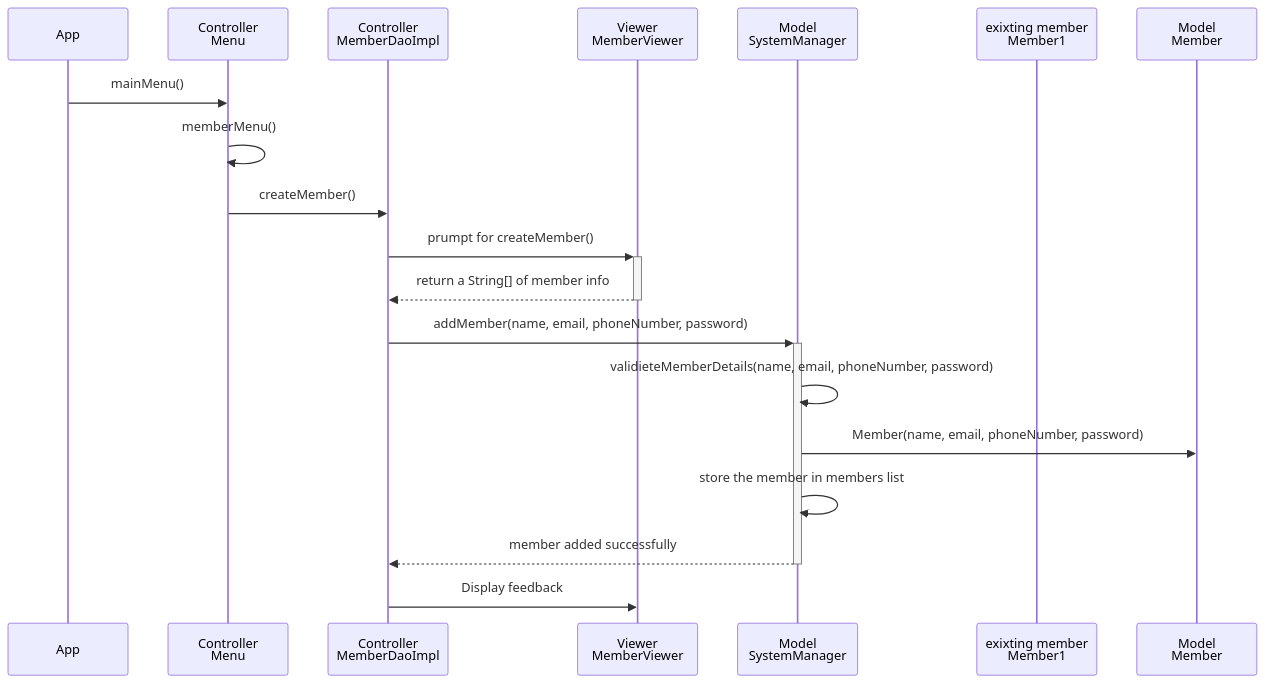
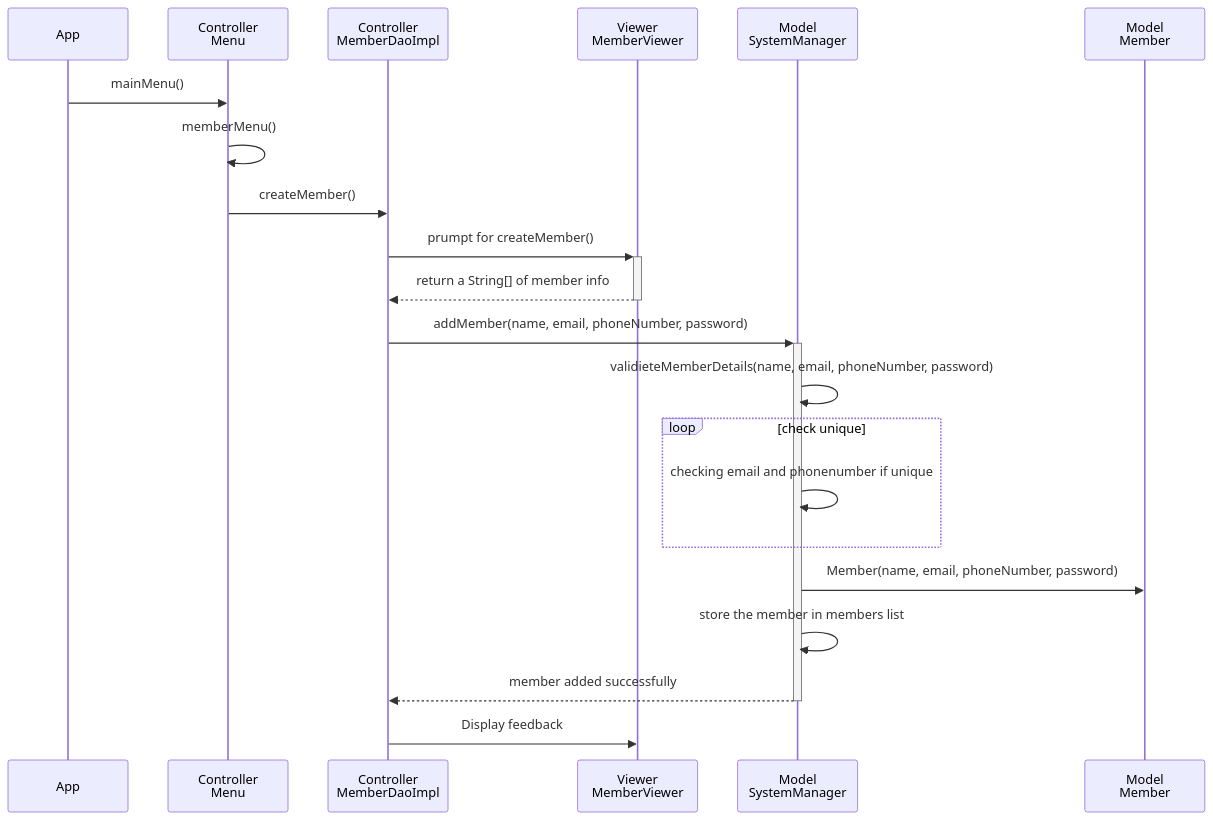
Before and after one commit to ashkar99/Stuff-Lending-System: the fifth of 5 diagrams in design.md, drawn with Mermaid.

`````diff
--- a/design.md
+++ b/design.md
@@ -413,25 +413,27 @@
 ```mermaid
 sequenceDiagram
     participant App as App 
     participant Menu as Controller <br/> Menu
     participant MC as Controller <br/> MemberDaoImpl 
     participant MV as Viewer <br/> MemberViewer
     participant SM as  Model <br/> SystemManager
-    participant M1 as exixting member <br/> Member1
-    participant M1 as exixting member <br/> Member1
     participant M as Model <br/> Member
     
     %% Scenario: Add a new third member with user input and database interaction
     App->> Menu: mainMenu()
     Menu->>Menu: memberMenu()
     Menu->>MC: createMember()
     MC->>+MV: prumpt for createMember()
     MV-->>-MC: return a String[] of member info
     MC->>+SM: addMember(name, email, phoneNumber, password) 
     SM->>SM: validieteMemberDetails(name, email, phoneNumber, password) 
+    loop check unique 
+        SM->>SM: checking  email and phonenumber if unique
+    end
+
     SM->>M: Member(name, email, phoneNumber, password)
     SM->>SM: store the member in members list
     SM-->>-MC: member added successfully
     MC->>MV: Display feedback
 
 ````
`````
